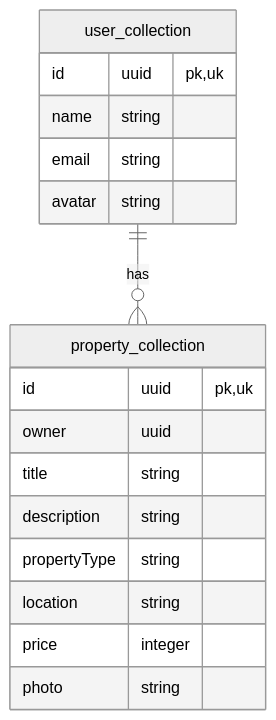
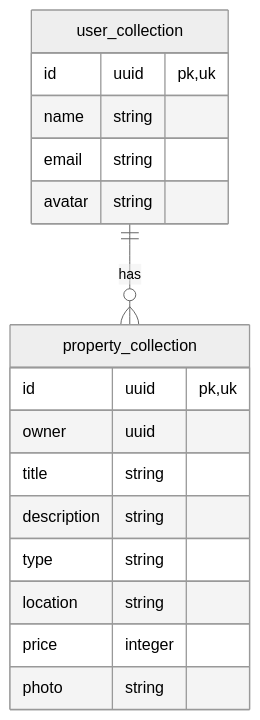
One commit to gotired/real-estate-admin changed the diagram in server/docs/database.md. Above: the diagram before and after it, drawn with Mermaid (neutral theme).

Commit message:
feat: update property type name

````diff
--- a/server/docs/database.md
+++ b/server/docs/database.md
@@ -3,24 +3,24 @@
 ```mermaid
 erDiagram
 
     user_collection {
         id uuid  pk, uk
         name string
         email string
         avatar string
     }
 
 
     property_collection {
         id uuid pk, uk
         owner uuid
         title string
         description string
-        propertyType string
+        type string
         location string
         price integer
         photo string
     }
 
     user_collection ||--o{ property_collection : has
 ```
````
